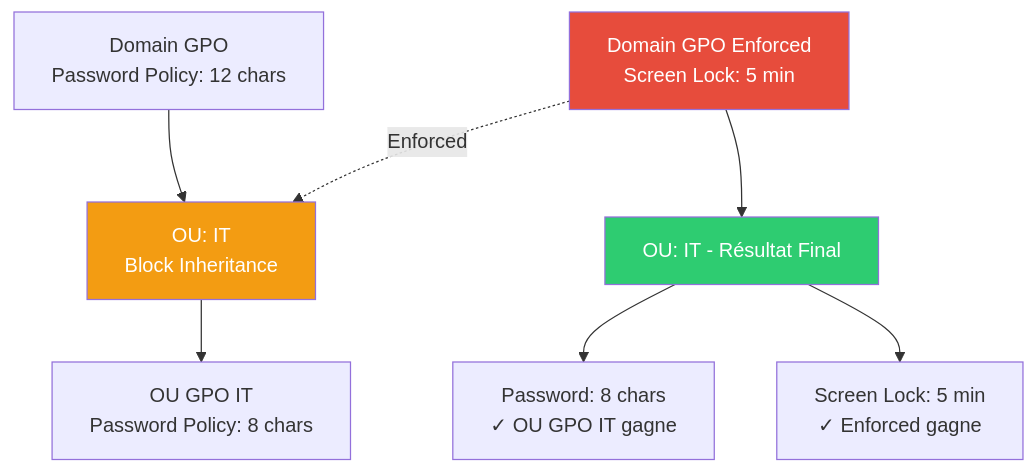
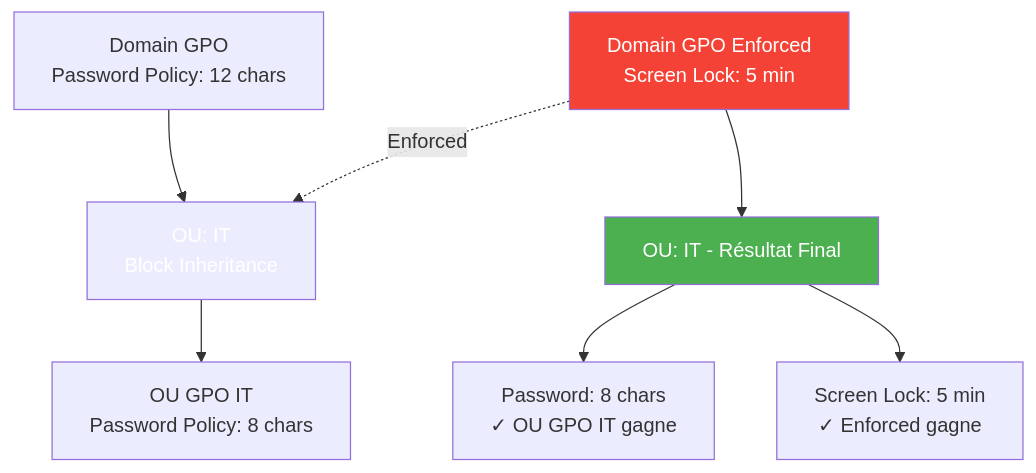
One commit to VBlackJack/ShellBook changed the fourth of 9 diagrams in docs/windows/windows-mindmaps.md. Above: the diagram before and after it, drawn with Mermaid. The commit also changed other lines of this file and 337 other files, not shown here.

First line of the commit message:
refactor(docs): Standardize code blocks and Mermaid colors

````diff
--- a/docs/windows/windows-mindmaps.md
+++ b/docs/windows/windows-mindmaps.md
@@ -121,15 +121,15 @@
 ```mermaid
 graph TD
     A[Domain GPO<br/>Password Policy: 12 chars] --> B[OU: IT<br/>Block Inheritance]
     B --> C[OU GPO IT<br/>Password Policy: 8 chars]
 
     D[Domain GPO Enforced<br/>Screen Lock: 5 min] -.->|Enforced| B
     D --> E[OU: IT - Résultat Final]
 
     E --> F[Password: 8 chars<br/>✓ OU GPO IT gagne]
     E --> G[Screen Lock: 5 min<br/>✓ Enforced gagne]
 
-    style D fill:#e74c3c,color:#fff
-    style B fill:#f39c12,color:#fff
-    style E fill:#2ecc71,color:#fff
+    style D fill:#f44336,color:#fff
+    style B fill:#FF9800800800,color:#fff
+    style E fill:#4CAF50,color:#fff
 ```
````
